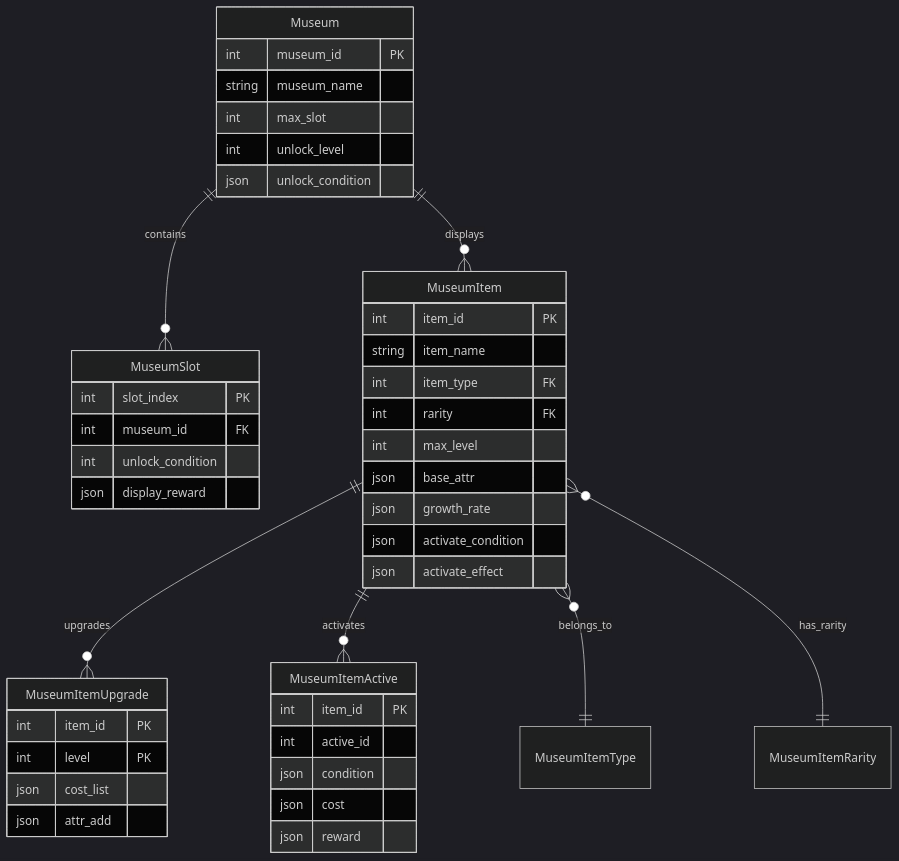
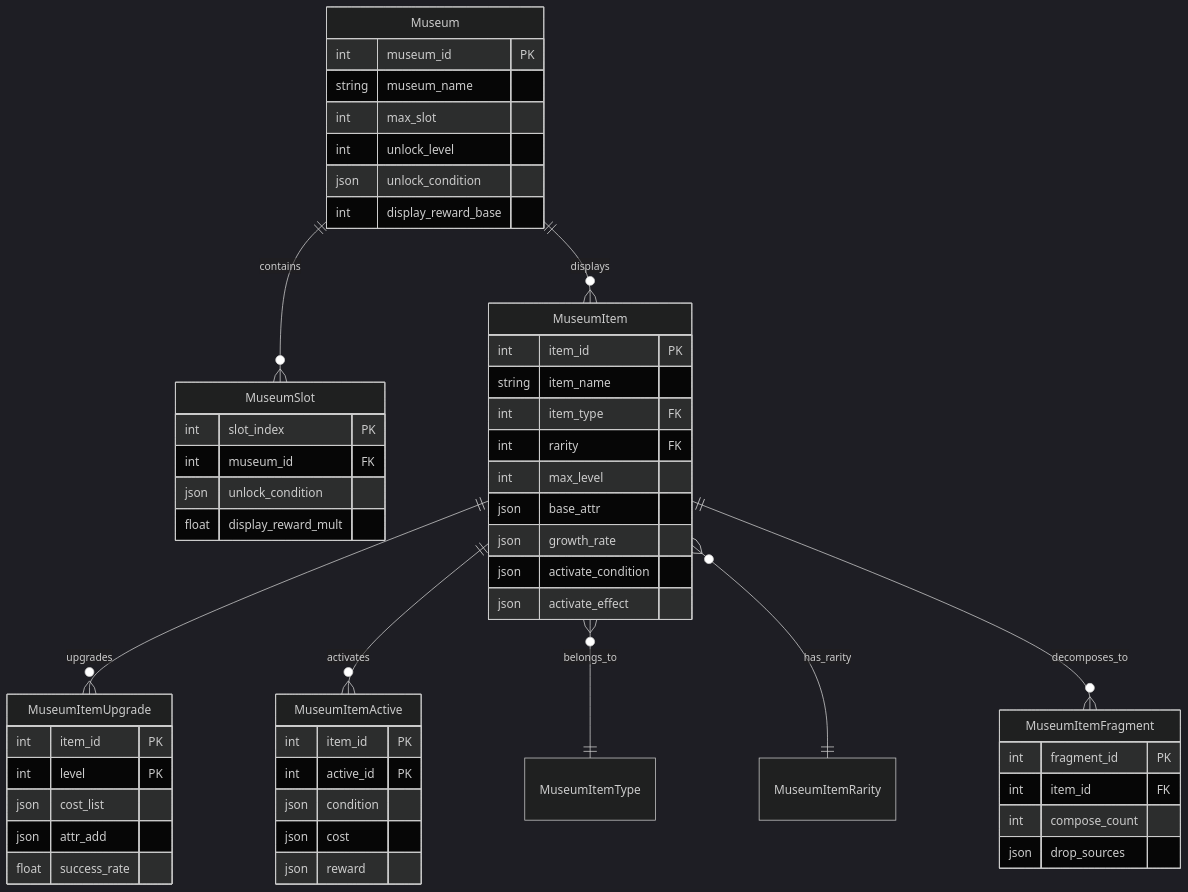
The first of 7 diagrams in docs/Module_Museum/01_数据配表.md (Alan-Ben/k2c_game_framework), drawn with Mermaid (dark theme) before and after one commit. The commit also changed other lines of this file and 5 other files, not shown here.

````diff
--- a/docs/Module_Museum/01_数据配表.md
+++ b/docs/Module_Museum/01_数据配表.md
@@ -12,51 +12,61 @@
 ```mermaid
 erDiagram
     Museum ||--o{ MuseumSlot : contains
     Museum ||--o{ MuseumItem : displays
     MuseumItem ||--o{ MuseumItemUpgrade : upgrades
     MuseumItem ||--o{ MuseumItemActive : activates
     MuseumItem }o--|| MuseumItemType : belongs_to
     MuseumItem }o--|| MuseumItemRarity : has_rarity
-    
+    MuseumItem ||--o{ MuseumItemFragment : decomposes_to
+
     Museum {
         int museum_id PK
         string museum_name
         int max_slot
         int unlock_level
         json unlock_condition
+        int display_reward_base
     }
-    
+
     MuseumItem {
         int item_id PK
         string item_name
         int item_type FK
         int rarity FK
         int max_level
         json base_attr
         json growth_rate
         json activate_condition
         json activate_effect
     }
-    
+
     MuseumItemUpgrade {
         int item_id PK
         int level PK
         json cost_list
         json attr_add
+        float success_rate
     }
-    
+
     MuseumItemActive {
         int item_id PK
-        int active_id
+        int active_id PK
         json condition
         json cost
         json reward
     }
-    
+
     MuseumSlot {
         int slot_index PK
         int museum_id FK
-        int unlock_condition
-        json display_reward
+        json unlock_condition
+        float display_reward_mult
+    }
+
+    MuseumItemFragment {
+        int fragment_id PK
+        int item_id FK
+        int compose_count
+        json drop_sources
     }
 ```
````
